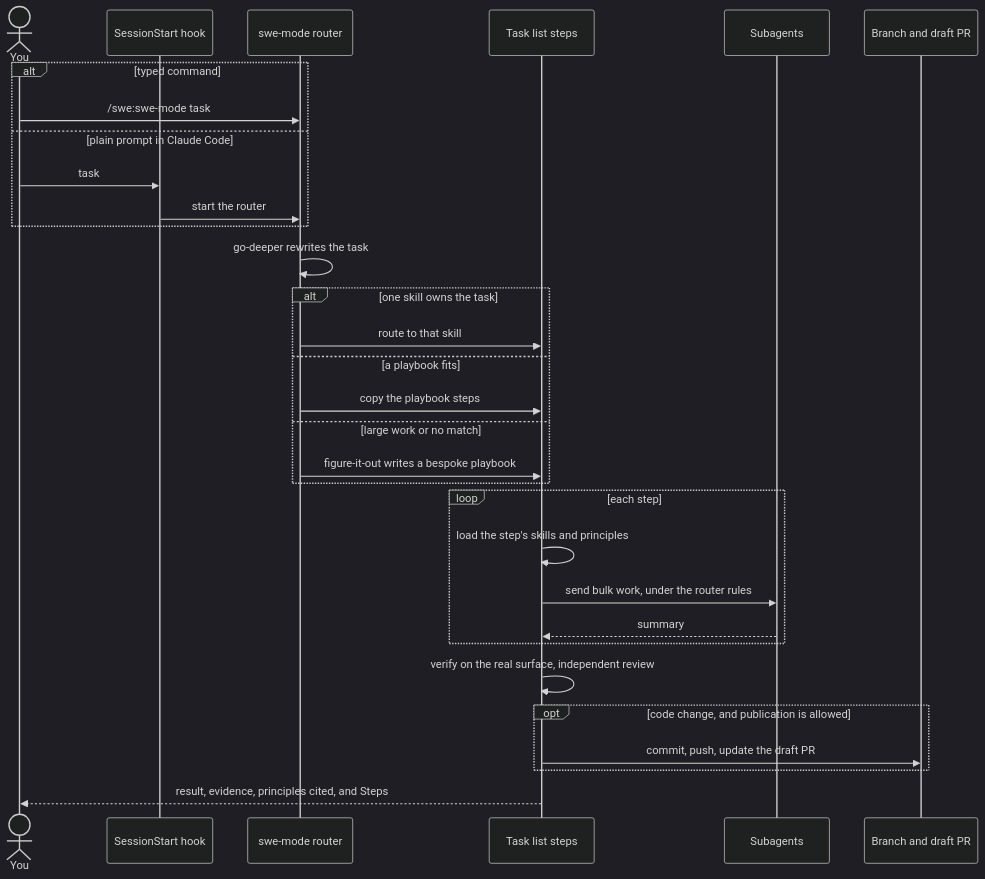
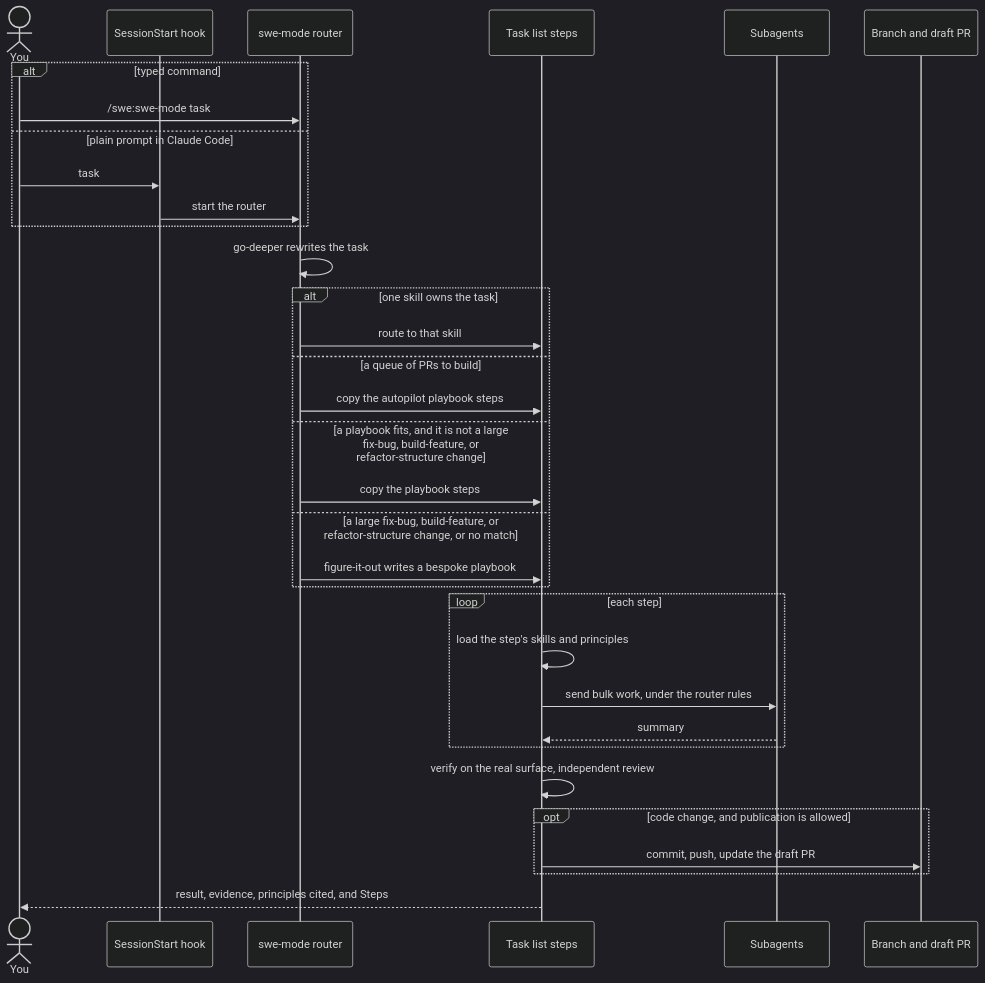
Before and after one commit to kpeez/agent-toolbox: the diagram in plugins/swe/README.md, drawn with Mermaid (dark theme). The commit also changed other lines of this file and 20 other files, not shown here.

````diff
--- a/plugins/swe/README.md
+++ b/plugins/swe/README.md
@@ -87,34 +87,36 @@
 ```mermaid
 sequenceDiagram
   actor You
   participant Hook as SessionStart hook
   participant Router as swe-mode router
   participant Steps as Task list steps
   participant Sub as Subagents
   participant PR as Branch and draft PR
 
   alt typed command
     You->>Router: /swe:swe-mode task
   else plain prompt in Claude Code
     You->>Hook: task
     Hook->>Router: start the router
   end
   Router->>Router: go-deeper rewrites the task
   alt one skill owns the task
     Router->>Steps: route to that skill
-  else a playbook fits
+  else a queue of PRs to build
+    Router->>Steps: copy the autopilot playbook steps
+  else a playbook fits, and it is not a large fix-bug, build-feature, or refactor-structure change
     Router->>Steps: copy the playbook steps
-  else large work or no match
+  else a large fix-bug, build-feature, or refactor-structure change, or no match
     Router->>Steps: figure-it-out writes a bespoke playbook
   end
   loop each step
     Steps->>Steps: load the step's skills and principles
     Steps->>Sub: send bulk work, under the router rules
     Sub-->>Steps: summary
   end
   Steps->>Steps: verify on the real surface, independent review
   opt code change, and publication is allowed
     Steps->>PR: commit, push, update the draft PR
   end
   Steps-->>You: result, evidence, principles cited, and Steps
 ```
````
